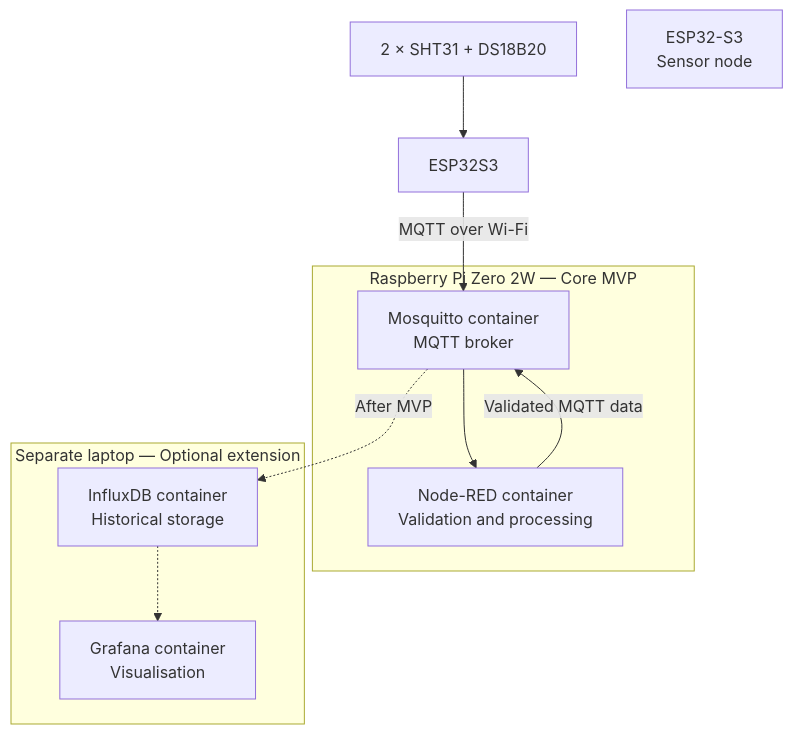
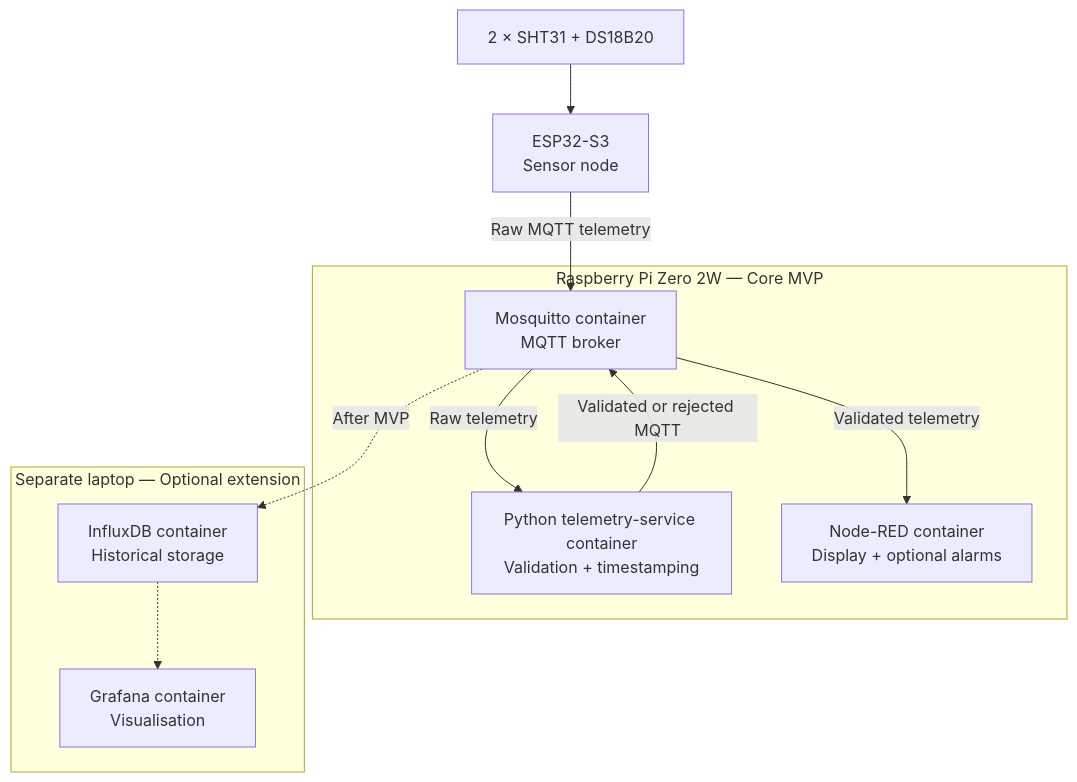
The diagram in docs/system-architecture.md (Samuel2Nugor/Hydroponic), drawn with Mermaid before and after one commit. The commit also changed other lines of this file and 3 other files, not shown here.

First line of the commit message:
docs: assign telemetry validation to Python service

````diff
--- a/docs/system-architecture.md
+++ b/docs/system-architecture.md
@@ -35,22 +36,24 @@
 ```mermaid
 flowchart TD
     Sensors["2 × SHT31 + DS18B20"]
     ESP["ESP32-S3<br/>Sensor node"]
 
     subgraph Pi["Raspberry Pi Zero 2W — Core MVP"]
         MQTT["Mosquitto container<br/>MQTT broker"]
-        NodeRED["Node-RED container<br/>Validation and processing"]
+        Python["Python telemetry-service container<br/>Validation + timestamping"]
+        NodeRED["Node-RED container<br/>Display + optional alarms"]
     end
 
     subgraph Laptop["Separate laptop — Optional extension"]
         InfluxDB["InfluxDB container<br/>Historical storage"]
         Grafana["Grafana container<br/>Visualisation"]
     end
 
-    Sensors --> ESP32S3
-    ESP32S3 -->|"MQTT over Wi-Fi"| MQTT
-    MQTT --> NodeRED
-    NodeRED -->|"Validated MQTT data"| MQTT
+    Sensors --> ESP
+    ESP -->|"Raw MQTT telemetry"| MQTT
+    MQTT -->|"Raw telemetry"| Python
+    Python -->|"Validated or rejected MQTT"| MQTT
+    MQTT -->|"Validated telemetry"| NodeRED
     MQTT -.->|"After MVP"| InfluxDB
     InfluxDB -.-> Grafana
 ```
````
